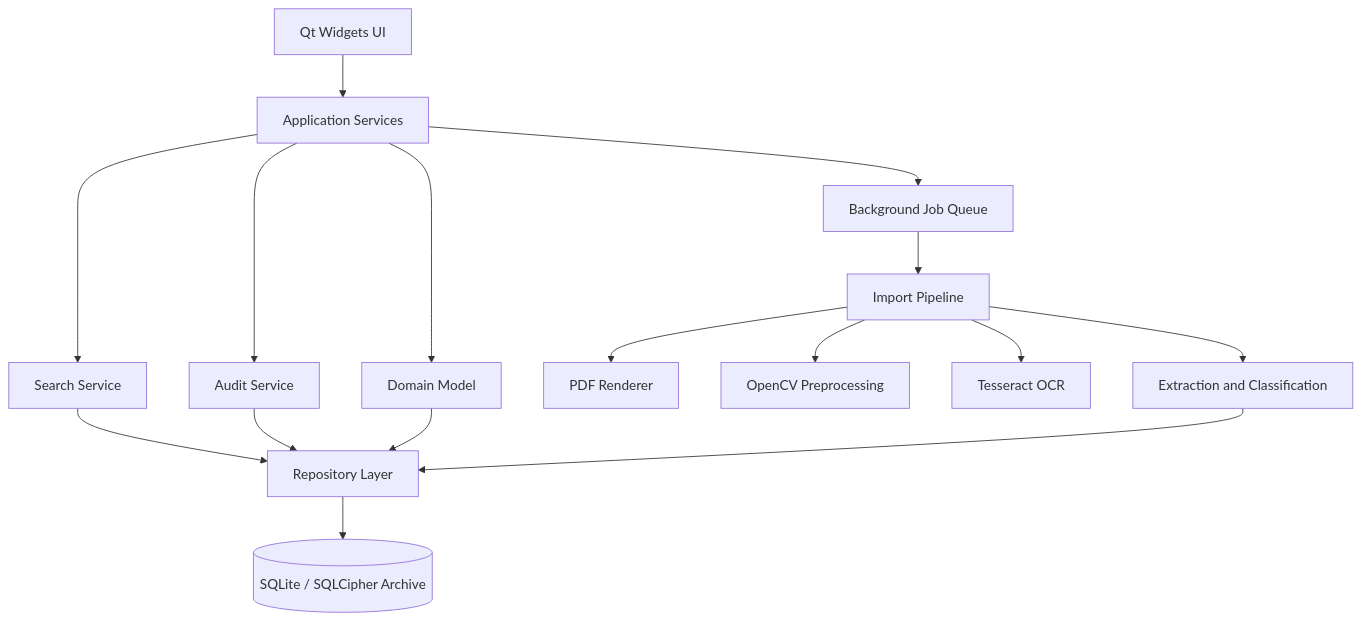
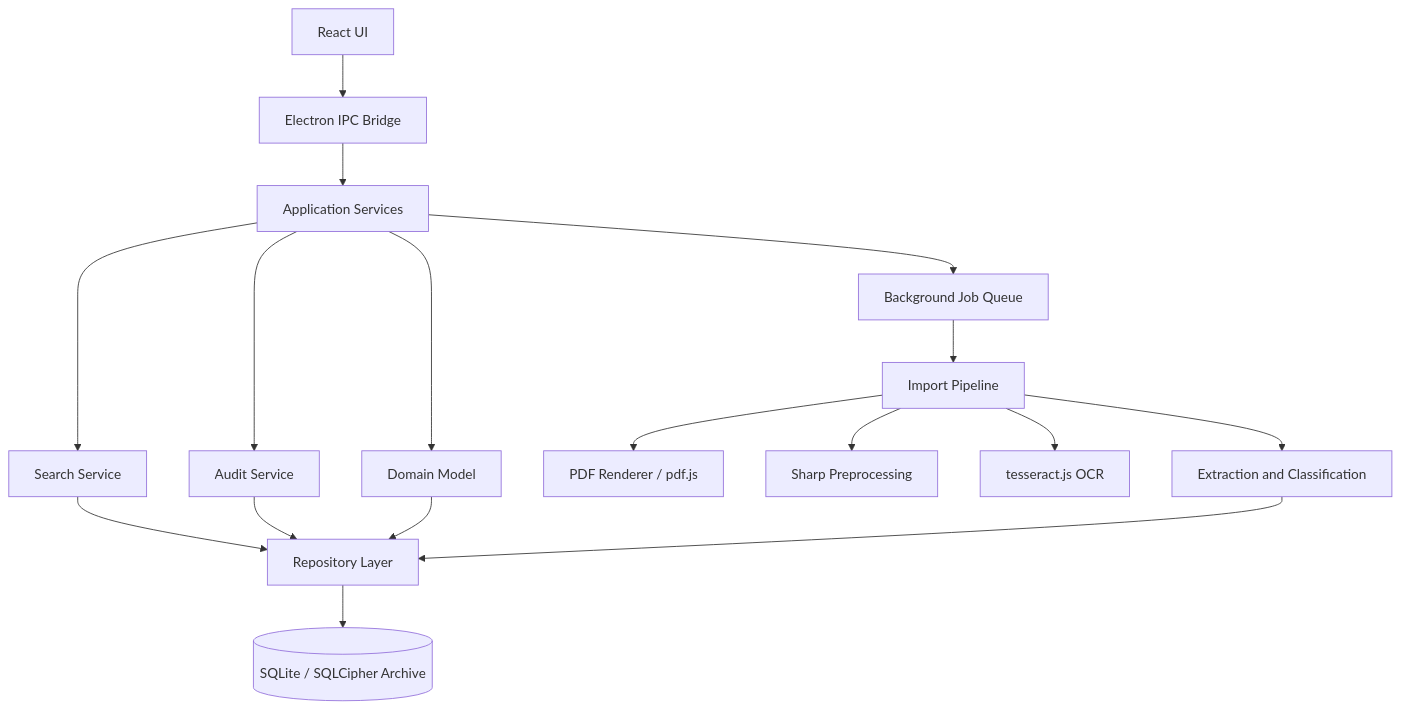
The third of 3 diagrams in PLAN.md (moonyxc/SaveYourDocuments), drawn with Mermaid before and after one commit. The commit also changed other lines of this file, not shown here.

Commit message:
Update technical foundation to Electron and TypeScript; revise architecture and dependencies

````diff
--- a/PLAN.md
+++ b/PLAN.md
@@ -342,18 +344,19 @@
 ```mermaid
 flowchart TB
-    UI[Qt Widgets UI] --> APP[Application Services]
+    UI[React UI] --> IPC[Electron IPC Bridge]
+    IPC --> APP[Application Services]
     APP --> DOMAIN[Domain Model]
     APP --> JOBS[Background Job Queue]
     APP --> SEARCH[Search Service]
     APP --> AUDIT[Audit Service]
     JOBS --> IMPORT[Import Pipeline]
-    IMPORT --> PDF[PDF Renderer]
-    IMPORT --> IMAGE[OpenCV Preprocessing]
-    IMPORT --> OCR[Tesseract OCR]
+    IMPORT --> PDF[PDF Renderer / pdf.js]
+    IMPORT --> IMAGE[Sharp Preprocessing]
+    IMPORT --> OCR[tesseract.js OCR]
     IMPORT --> CLASSIFY[Extraction and Classification]
     SEARCH --> REPO[Repository Layer]
     AUDIT --> REPO
     DOMAIN --> REPO
     CLASSIFY --> REPO
     REPO --> DB[(SQLite / SQLCipher Archive)]
 ```
````
